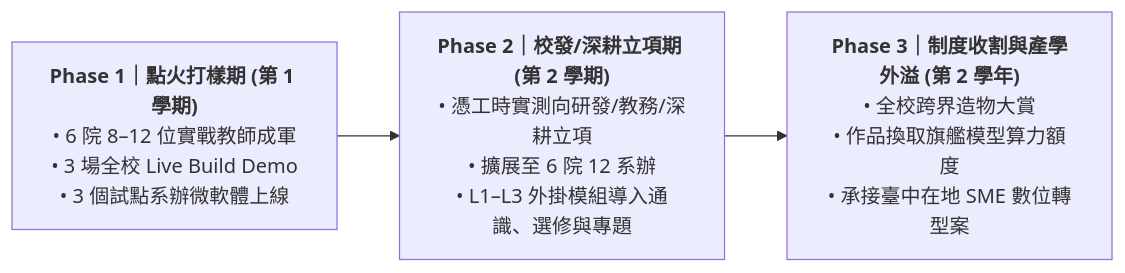
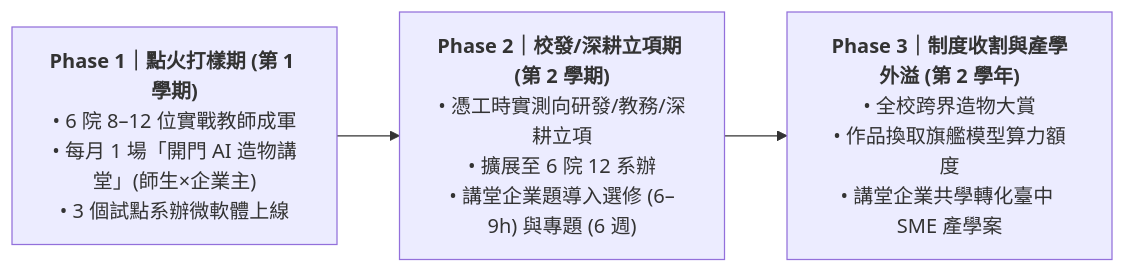
One commit to nutcelvischen-jpg/nutc-ai-open-door changed the fourth of 4 diagrams in README.md. Above: the diagram before and after it, drawn with Mermaid. The commit also changed other lines of this file and 2 other files, not shown here.

````diff
--- a/README.md
+++ b/README.md
@@ -105,8 +105,8 @@
 ```mermaid
 flowchart LR
-    PH1["<b>Phase 1｜點火打樣期 (第 1 學期)</b><br/>• 6 院 8–12 位實戰教師成軍<br/>• 3 場全校 Live Build Demo<br/>• 3 個試點系辦微軟體上線"]
-    PH2["<b>Phase 2｜校發/深耕立項期 (第 2 學期)</b><br/>• 憑工時實測向研發/教務/深耕立項<br/>• 擴展至 6 院 12 系辦<br/>• L1–L3 外掛模組導入通識、選修與專題"]
-    PH3["<b>Phase 3｜制度收割與產學外溢 (第 2 學年)</b><br/>• 全校跨界造物大賞<br/>• 作品換取旗艦模型算力額度<br/>• 承接臺中在地 SME 數位轉型案"]
+    PH1["<b>Phase 1｜點火打樣期 (第 1 學期)</b><br/>• 6 院 8–12 位實戰教師成軍<br/>• 每月 1 場「開門 AI 造物講堂」(師生×企業主)<br/>• 3 個試點系辦微軟體上線"]
+    PH2["<b>Phase 2｜校發/深耕立項期 (第 2 學期)</b><br/>• 憑工時實測向研發/教務/深耕立項<br/>• 擴展至 6 院 12 系辦<br/>• 講堂企業題導入選修 (6–9h) 與專題 (6 週)"]
+    PH3["<b>Phase 3｜制度收割與產學外溢 (第 2 學年)</b><br/>• 全校跨界造物大賞<br/>• 作品換取旗艦模型算力額度<br/>• 講堂企業共學轉化臺中 SME 產學案"]
 
     PH1 --> PH2 --> PH3
 ```
````
